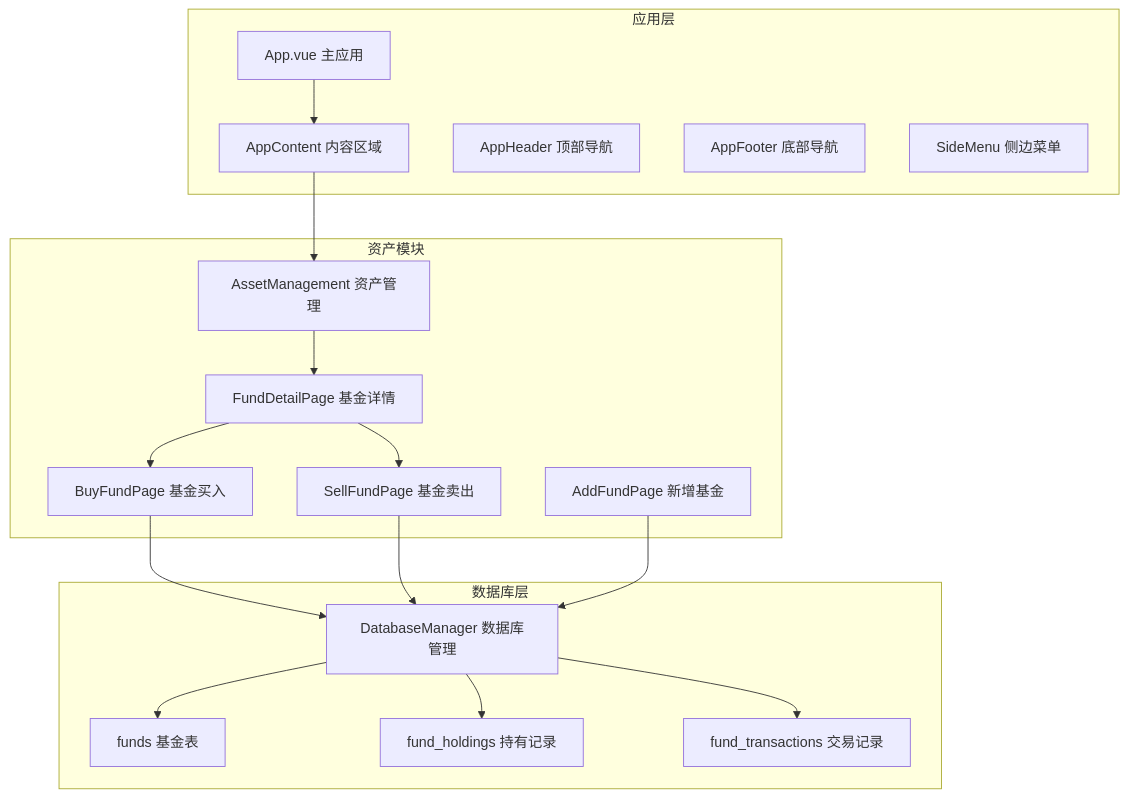
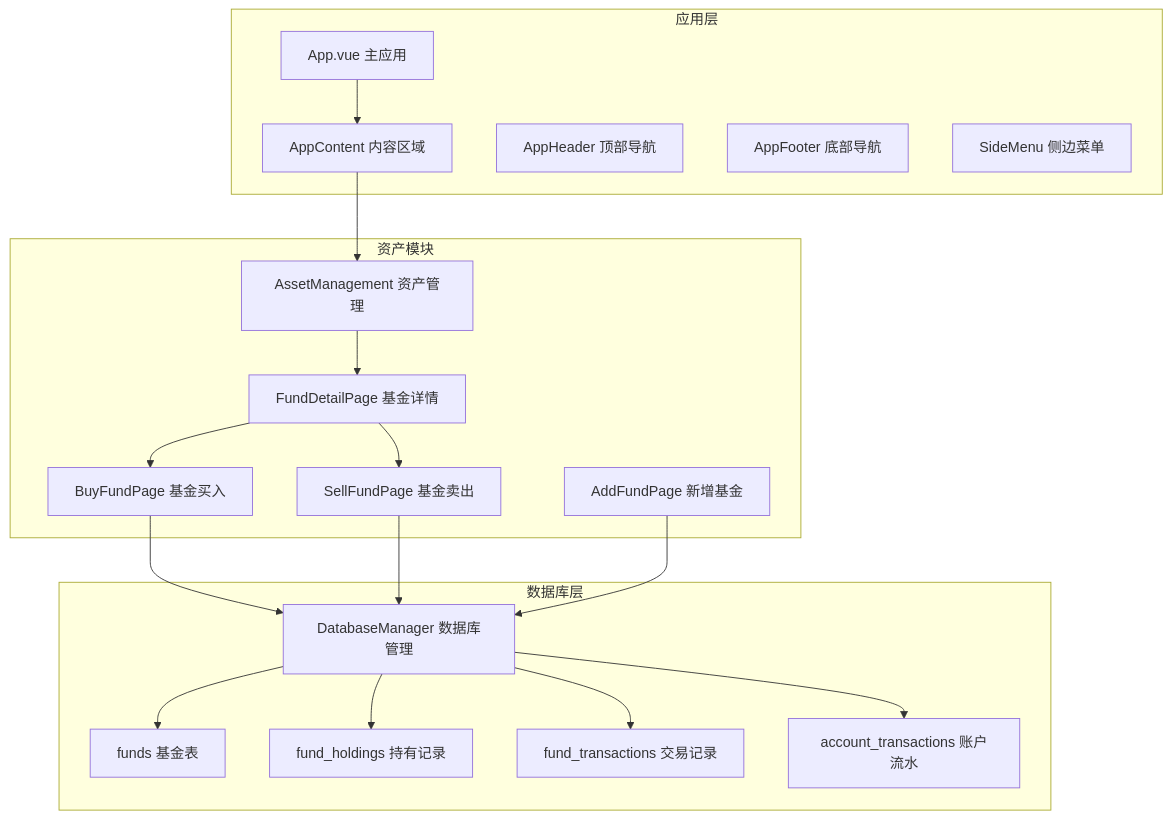
Before and after one commit to xiao-lin-unit/yuan: the first of 8 diagrams in .qoder/repowiki/zh/content/资产管理/基金管理.md, drawn with Mermaid. The commit also changed other lines of this file and 9 other files, not shown here.

````diff
--- a/.qoder/repowiki/zh/content/资产管理/基金管理.md
+++ b/.qoder/repowiki/zh/content/资产管理/基金管理.md
@@ -45,34 +49,36 @@
 ```mermaid
 graph TB
 subgraph "应用层"
 App[App.vue 主应用]
 Content[AppContent 内容区域]
 Header[AppHeader 顶部导航]
 Footer[AppFooter 底部导航]
 Menu[SideMenu 侧边菜单]
 end
 subgraph "资产模块"
 Asset[AssetManagement 资产管理]
 FundDetail[FundDetailPage 基金详情]
 BuyFund[BuyFundPage 基金买入]
 SellFund[SellFundPage 基金卖出]
 AddFund[AddFundPage 新增基金]
 end
 subgraph "数据库层"
 DB[DatabaseManager 数据库管理]
 Funds[funds 基金表]
 Holdings[fund_holdings 持有记录]
 Transactions[fund_transactions 交易记录]
+AccountTransactions[account_transactions 账户流水]
 end
 App --> Content
 Content --> Asset
 Asset --> FundDetail
 FundDetail --> BuyFund
 FundDetail --> SellFund
 BuyFund --> DB
 SellFund --> DB
 AddFund --> DB
 DB --> Funds
 DB --> Holdings
 DB --> Transactions
+DB --> AccountTransactions
 ```
````
